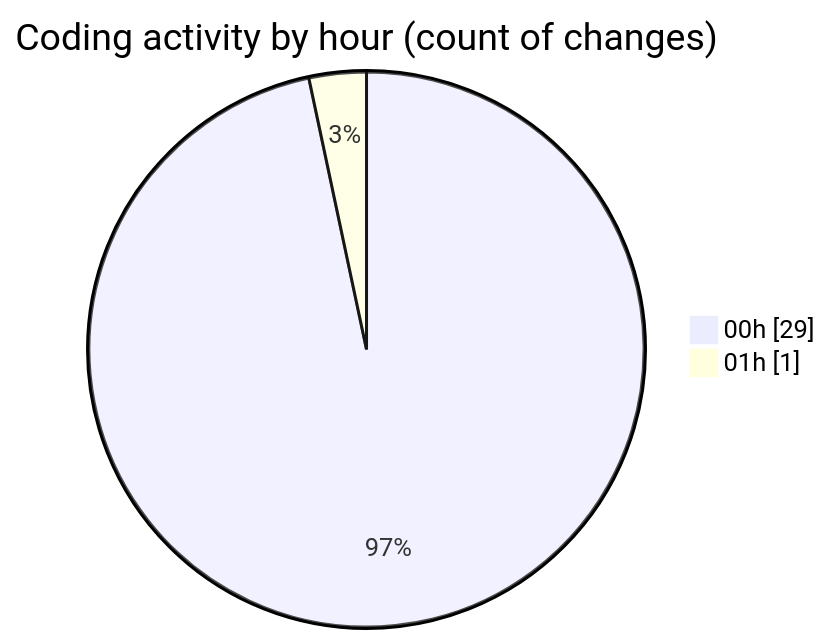
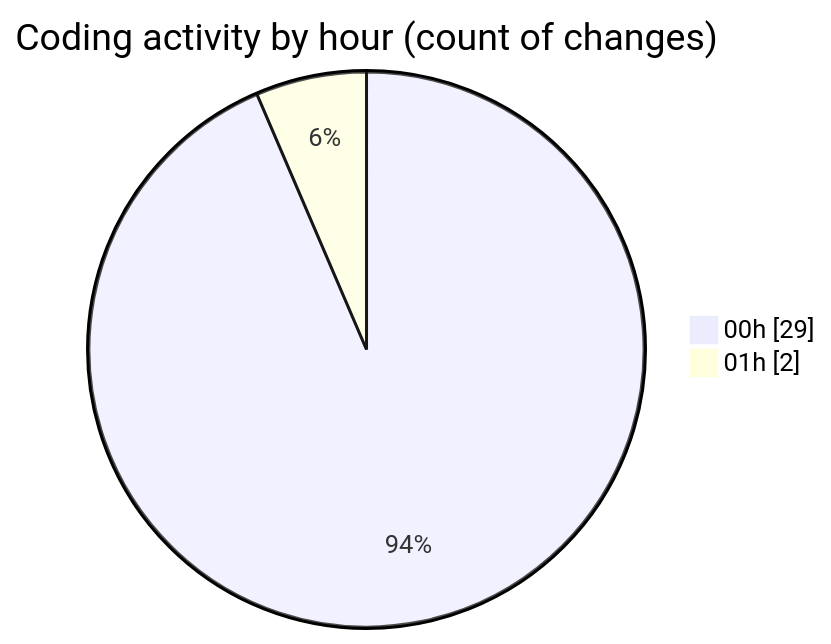
Before and after one commit to donsfak/code-tracking: the second of 2 diagrams in 2025-02-09/maps_clone/README.md, drawn with Mermaid. The commit also changed other lines of this file and 1 other file, not shown here.

````diff
--- a/2025-02-09/maps_clone/README.md
+++ b/2025-02-09/maps_clone/README.md
@@ -32,6 +34,6 @@
 ```mermaid
 pie showData
 title Coding activity by hour (count of changes)
 "00h" : 29
-"01h" : 1
+"01h" : 2
 ```
````
